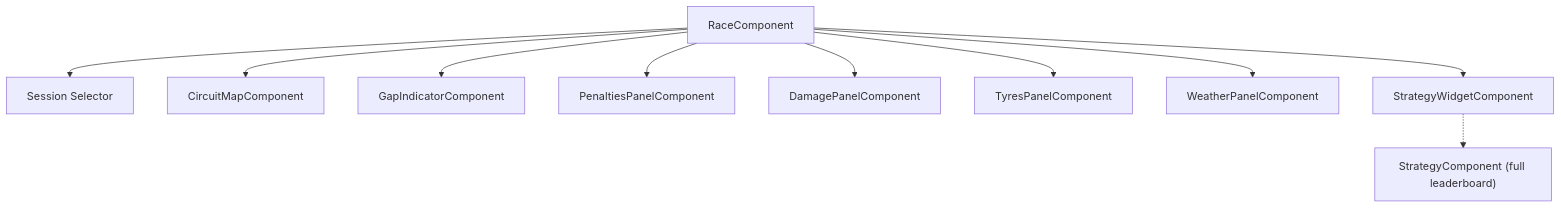
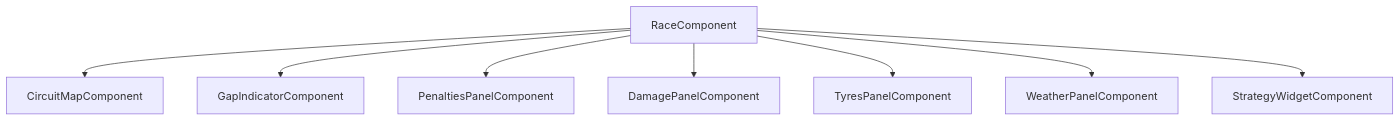
Before and after one commit to vmleon/f12025-race-strategy-simulation: the sixth of 7 diagrams in design/06-INTEGRATION.md, drawn with Mermaid. The commit also changed other lines of this file and 4 other files, not shown here.

````diff
--- a/design/06-INTEGRATION.md
+++ b/design/06-INTEGRATION.md
@@ -317,13 +299,11 @@
 ```mermaid
 graph TD
     Race["RaceComponent"]
-    Race --> Selector["Session Selector"]
     Race --> Circuit["CircuitMapComponent"]
     Race --> Gap["GapIndicatorComponent"]
     Race --> Penalties["PenaltiesPanelComponent"]
     Race --> Damage["DamagePanelComponent"]
     Race --> Tyres["TyresPanelComponent"]
     Race --> Weather["WeatherPanelComponent"]
     Race --> Strategy["StrategyWidgetComponent"]
-    Strategy -.-> StrategyView["StrategyComponent (full leaderboard)"]
 ```
````
